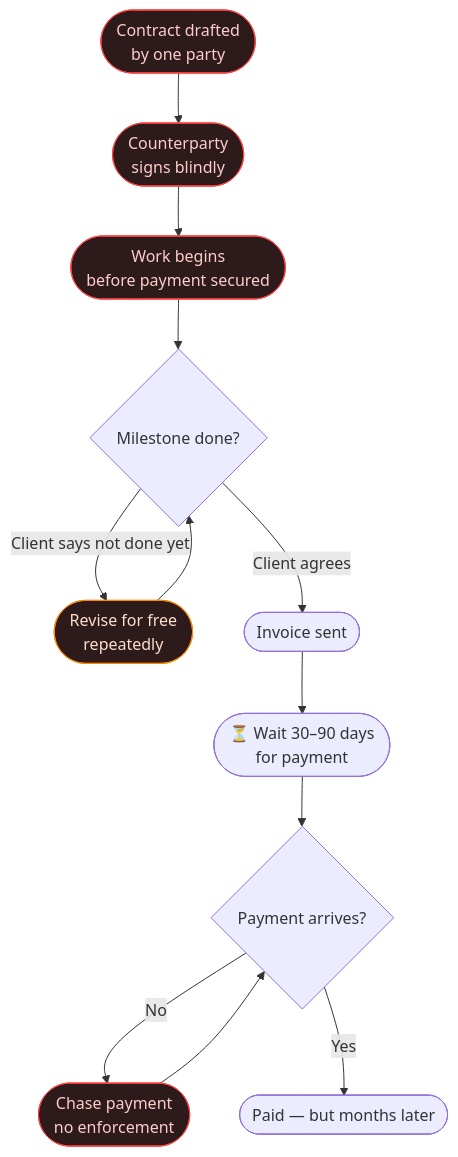
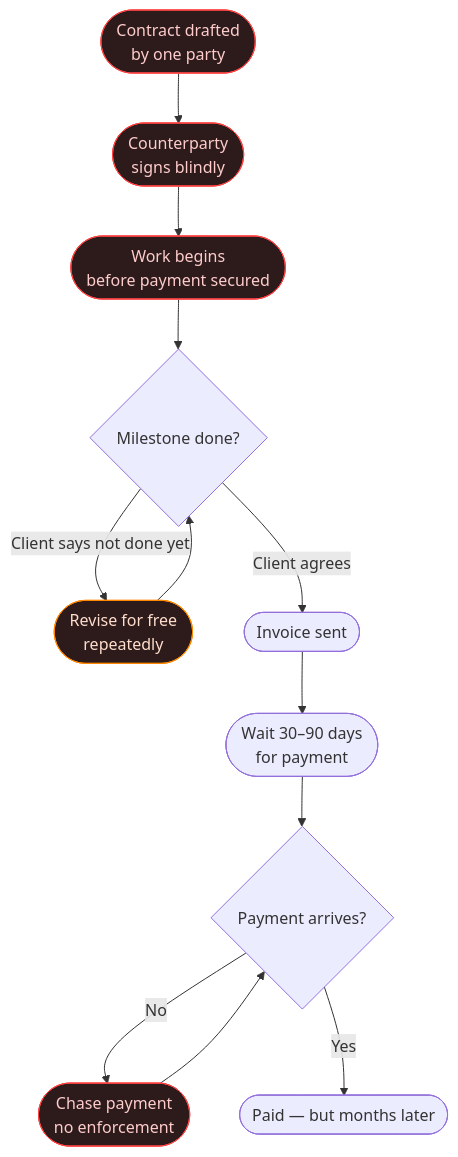
Before and after one commit to ContracGuardAI/frontend: the first of 2 diagrams in docs/product/problem.md, drawn with Mermaid. The commit also changed other lines of this file and 40 other files, not shown here.

````diff
--- a/docs/product/problem.md
+++ b/docs/product/problem.md
@@ -11,20 +11,20 @@
 ```mermaid
 flowchart TD
     A([Contract drafted\nby one party]) --> B([Counterparty\nsigns blindly])
     B --> C([Work begins\nbefore payment secured])
     C --> D{Milestone done?}
     D -->|Client says not done yet| E([Revise for free\nrepeatedly])
     E --> D
     D -->|Client agrees| F([Invoice sent])
-    F --> G([⏳ Wait 30–90 days\nfor payment])
+    F --> G([Wait 30–90 days\nfor payment])
     G --> H{Payment arrives?}
     H -->|No| I([Chase payment\nno enforcement])
     I --> H
     H -->|Yes| J([Paid — but months later])
 
     style A fill:#2d1b1b,stroke:#ff4444,color:#ffcccc
     style B fill:#2d1b1b,stroke:#ff4444,color:#ffcccc
     style C fill:#2d1b1b,stroke:#ff4444,color:#ffcccc
     style E fill:#2d1b1b,stroke:#ff8800,color:#ffddcc
     style I fill:#2d1b1b,stroke:#ff4444,color:#ffcccc
 ```
````
